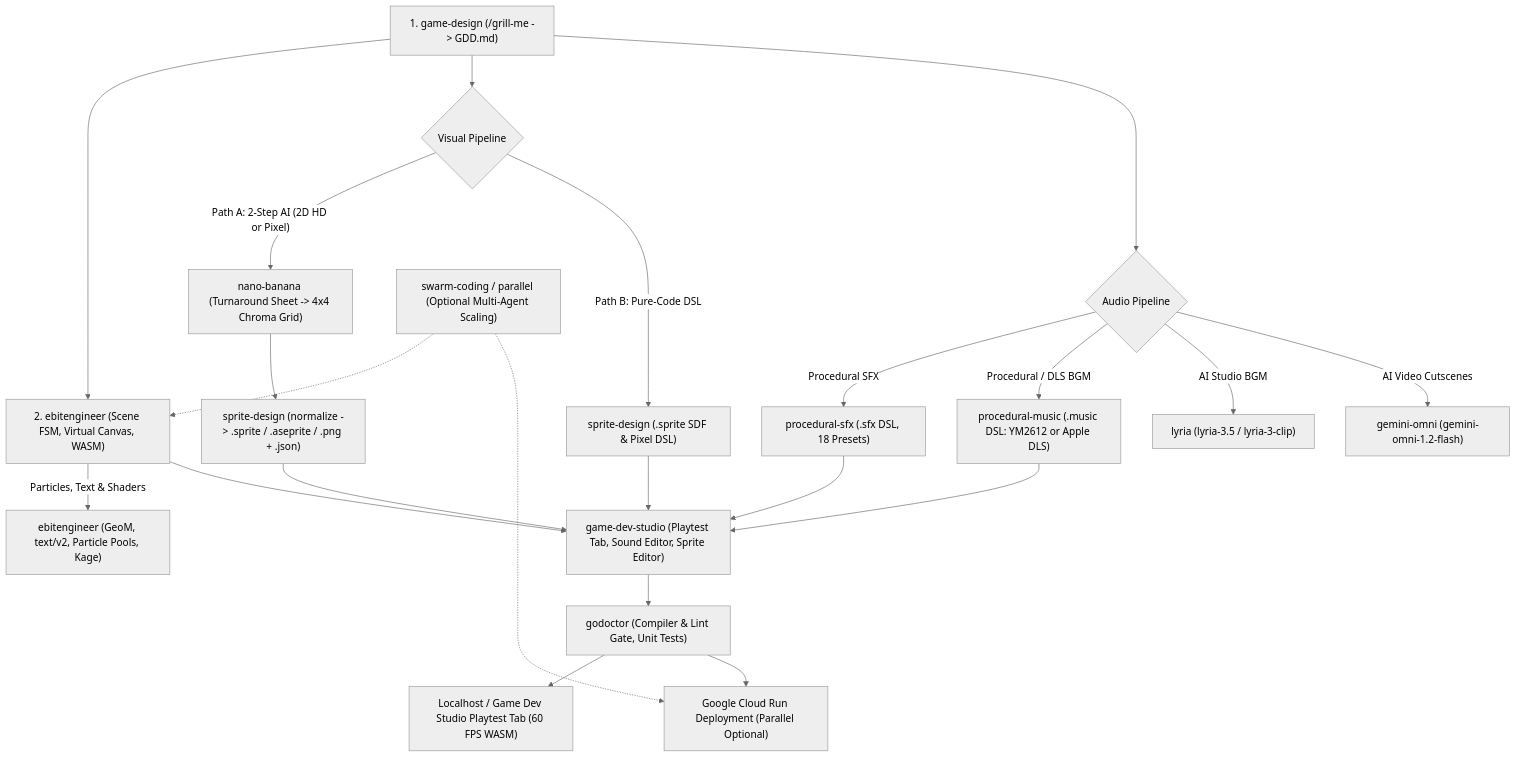
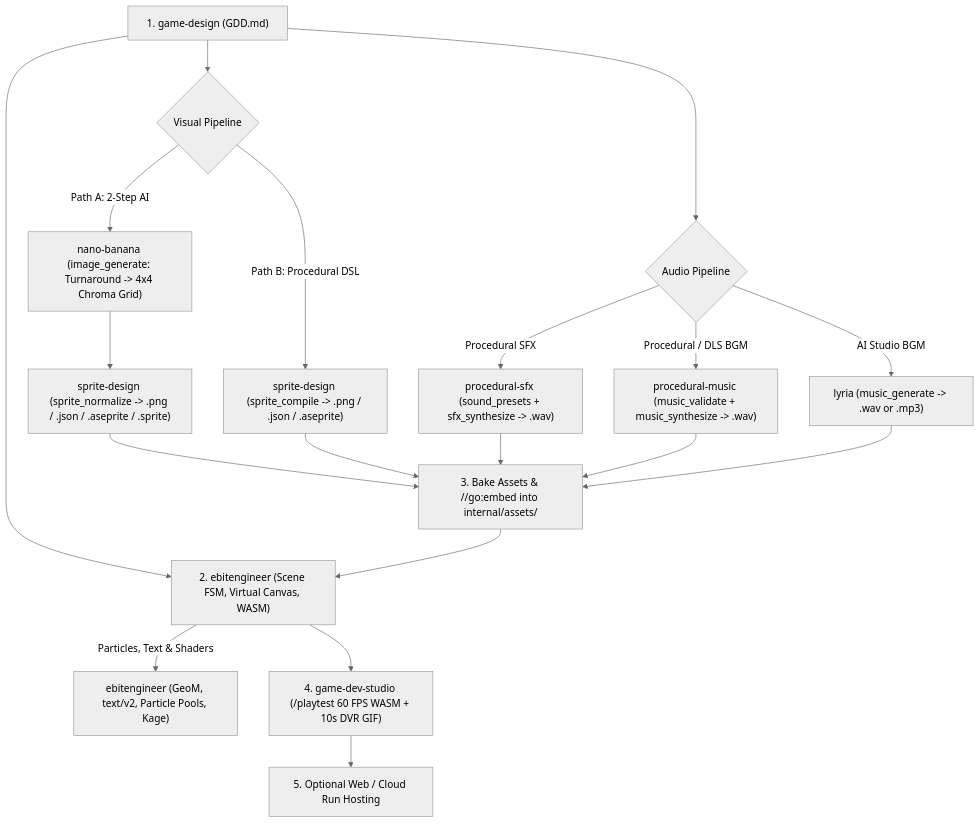
The diagram in skills/vibe-game-developer/SKILL.md (danicat/agy-game-studio), drawn with Mermaid (neutral theme) before and after one commit. The commit also changed other lines of this file and 153 other files, not shown here.

First line of the commit message:
feat(v0.4.0): remove experimental sprite and sound editors, add Go MCP server

````diff
--- a/skills/vibe-game-developer/SKILL.md
+++ b/skills/vibe-game-developer/SKILL.md
@@ -56,28 +62,25 @@
 ```mermaid
 flowchart TD
-    Design["1. game-design (/grill-me -> GDD.md)"] --> Engine["2. ebitengineer (Scene FSM, Virtual Canvas, WASM)"]
+    Design["1. game-design (GDD.md)"] --> Engine["2. ebitengineer (Scene FSM, Virtual Canvas, WASM)"]
     Design --> VisChoice{"Visual Pipeline"}
     Design --> AudChoice{"Audio Pipeline"}
 
-    VisChoice -->|"Path A: 2-Step AI (2D HD or Pixel)"| Nano["nano-banana (Turnaround Sheet -> 4x4 Chroma Grid)"]
-    Nano --> SpriteNorm["sprite-design (normalize -> .sprite / .aseprite / .png + .json)"]
-    VisChoice -->|"Path B: Pure-Code DSL"| SpriteDSL["sprite-design (.sprite SDF & Pixel DSL)"]
+    VisChoice -->|"Path A: 2-Step AI"| Nano["nano-banana (image_generate: Turnaround -> 4x4 Chroma Grid)"]
+    Nano --> SpriteNorm["sprite-design (sprite_normalize -> .png / .json / .aseprite / .sprite)"]
+    VisChoice -->|"Path B: Procedural DSL"| SpriteDSL["sprite-design (sprite_compile -> .png / .json / .aseprite)"]
     Engine -->|"Particles, Text & Shaders"| EngineVFX["ebitengineer (GeoM, text/v2, Particle Pools, Kage)"]
 
-    AudChoice -->|"Procedural SFX"| ProcSFX["procedural-sfx (.sfx DSL, 18 Presets)"]
-    AudChoice -->|"Procedural / DLS BGM"| ProcMus["procedural-music (.music DSL: YM2612 or Apple DLS)"]
-    AudChoice -->|"AI Studio BGM"| Lyria["lyria (lyria-3.5 / lyria-3-clip)"]
-    AudChoice -->|"AI Video Cutscenes"| Omni["gemini-omni (gemini-omni-1.2-flash)"]
+    AudChoice -->|"Procedural SFX"| ProcSFX["procedural-sfx (sound_presets + sfx_synthesize -> .wav)"]
+    AudChoice -->|"Procedural / DLS BGM"| ProcMus["procedural-music (music_validate + music_synthesize -> .wav)"]
+    AudChoice -->|"AI Studio BGM"| Lyria["lyria (music_generate -> .wav or .mp3)"]
 
-    Engine --> Studio["game-dev-studio (Playtest Tab, Sound Editor, Sprite Editor)"]
-    SpriteNorm --> Studio
-    SpriteDSL --> Studio
-    ProcSFX --> Studio
-    ProcMus --> Studio
+    SpriteNorm --> Embed["3. Bake Assets & //go:embed into internal/assets/"]
+    SpriteDSL --> Embed
+    ProcSFX --> Embed
+    ProcMus --> Embed
+    Lyria --> Embed
+    Embed --> Engine
 
-    Studio --> QA["godoctor (Compiler & Lint Gate, Unit Tests)"]
-    QA --> LocalTest["Localhost / Game Dev Studio Playtest Tab (60 FPS WASM)"]
-    QA --> CloudRun["Google Cloud Run Deployment (Parallel Optional)"]
-    Swarm["swarm-coding / parallel (Optional Multi-Agent Scaling)"] -.-> Engine
-    Swarm -.-> CloudRun
+    Engine --> StudioPlay["4. game-dev-studio (/playtest 60 FPS WASM + 10s DVR GIF)"]
+    StudioPlay --> CloudDeploy["5. Optional Web / Cloud Run Hosting"]
 ```
````
